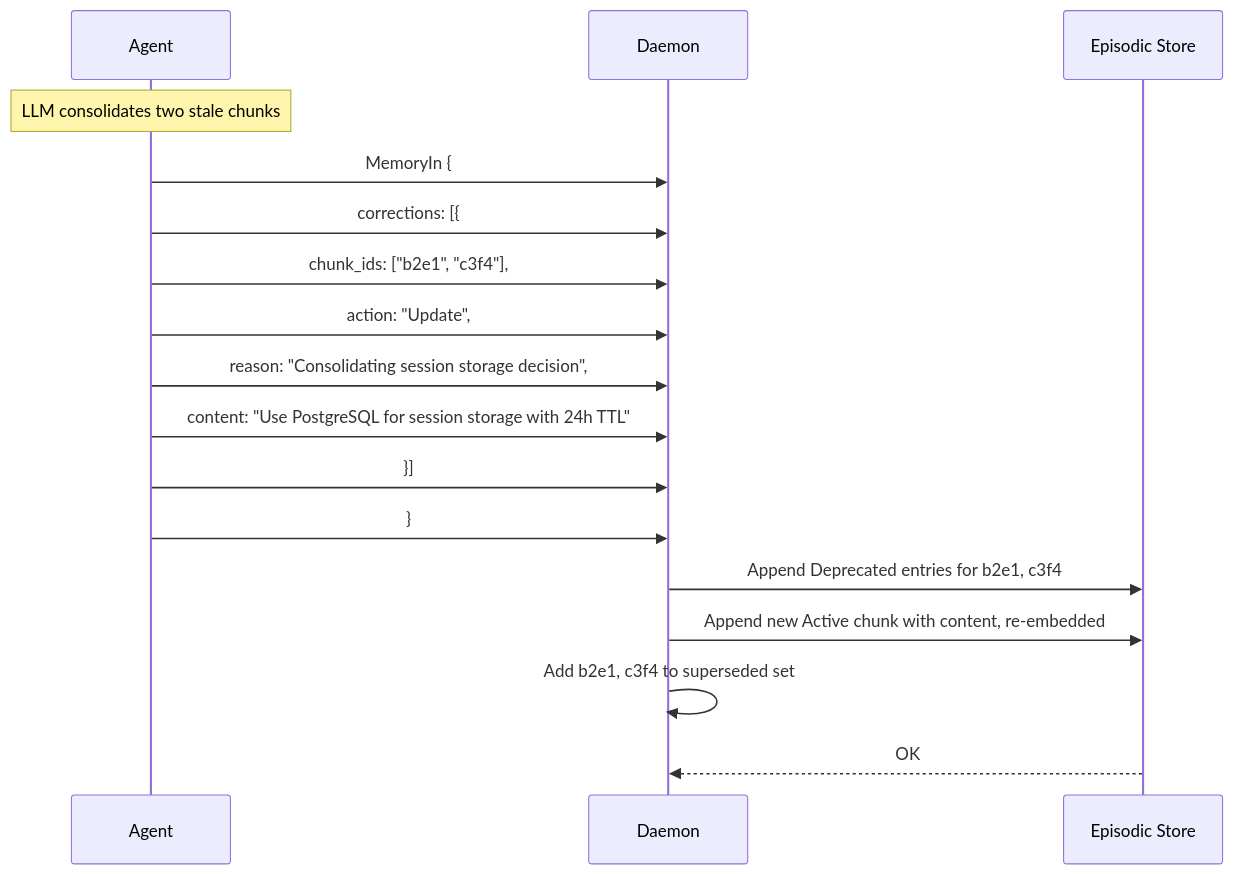
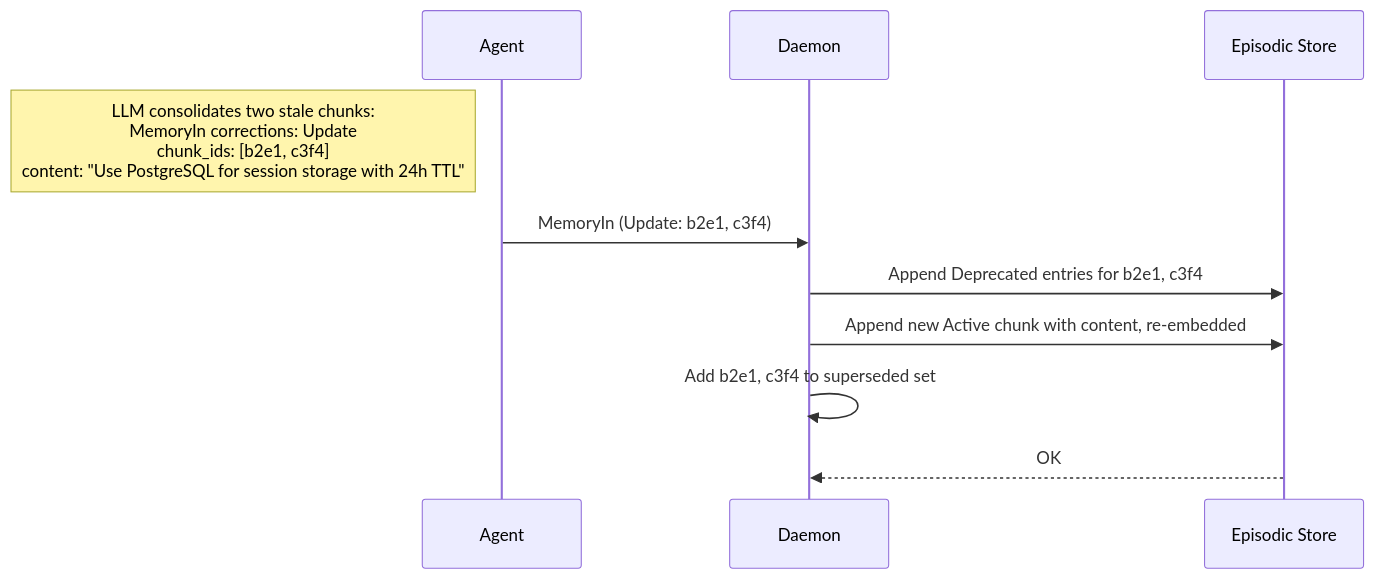
One commit to StephenSmithwick/StephenSmithwick.github.io changed the second of 7 diagrams in _posts/2026-03-10-context-manager.md. Above: the diagram before and after it, drawn with Mermaid. The commit also changed other lines of this file and 2 other files, not shown here.

````diff
--- a/_posts/2026-03-10-context-manager.md
+++ b/_posts/2026-03-10-context-manager.md
@@ -426,20 +521,13 @@
 ```mermaid
 sequenceDiagram
     participant A as Agent
     participant D as Daemon
     participant ES as Episodic Store
 
-    Note over A: LLM consolidates two stale chunks
-    A->>D: MemoryIn {
-    A->>D:   corrections: [{
-    A->>D:     chunk_ids: ["b2e1", "c3f4"],
-    A->>D:     action: "Update",
-    A->>D:     reason: "Consolidating session storage decision",
-    A->>D:     content: "Use PostgreSQL for session storage with 24h TTL"
-    A->>D:   }]
-    A->>D: }
+    Note left of A: LLM consolidates two stale chunks:<br/>MemoryIn corrections: Update<br/>chunk_ids: [b2e1, c3f4]<br/>content: "Use PostgreSQL for session storage with 24h TTL"
+    A->>D: MemoryIn (Update: b2e1, c3f4)
     D->>ES: Append Deprecated entries for b2e1, c3f4
     D->>ES: Append new Active chunk with content, re-embedded
     D->>D: Add b2e1, c3f4 to superseded set
     ES-->>D: OK
 ```
````
